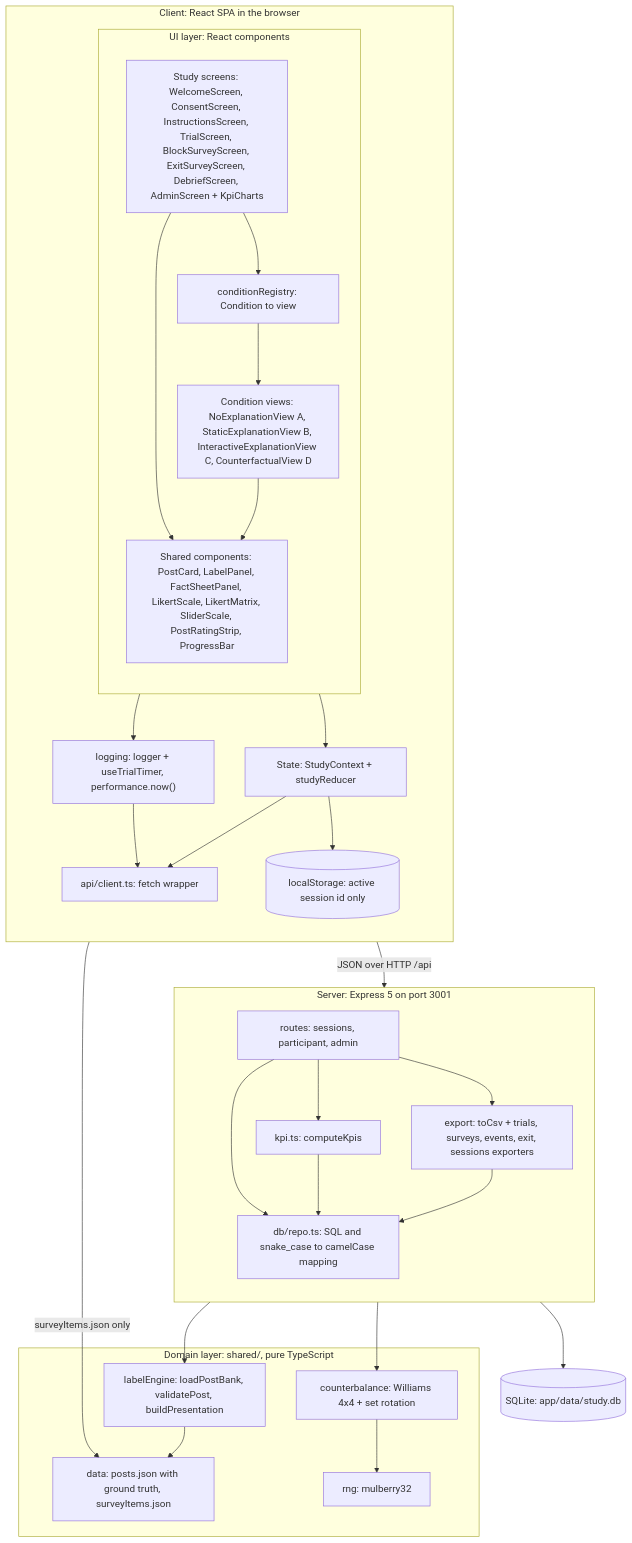
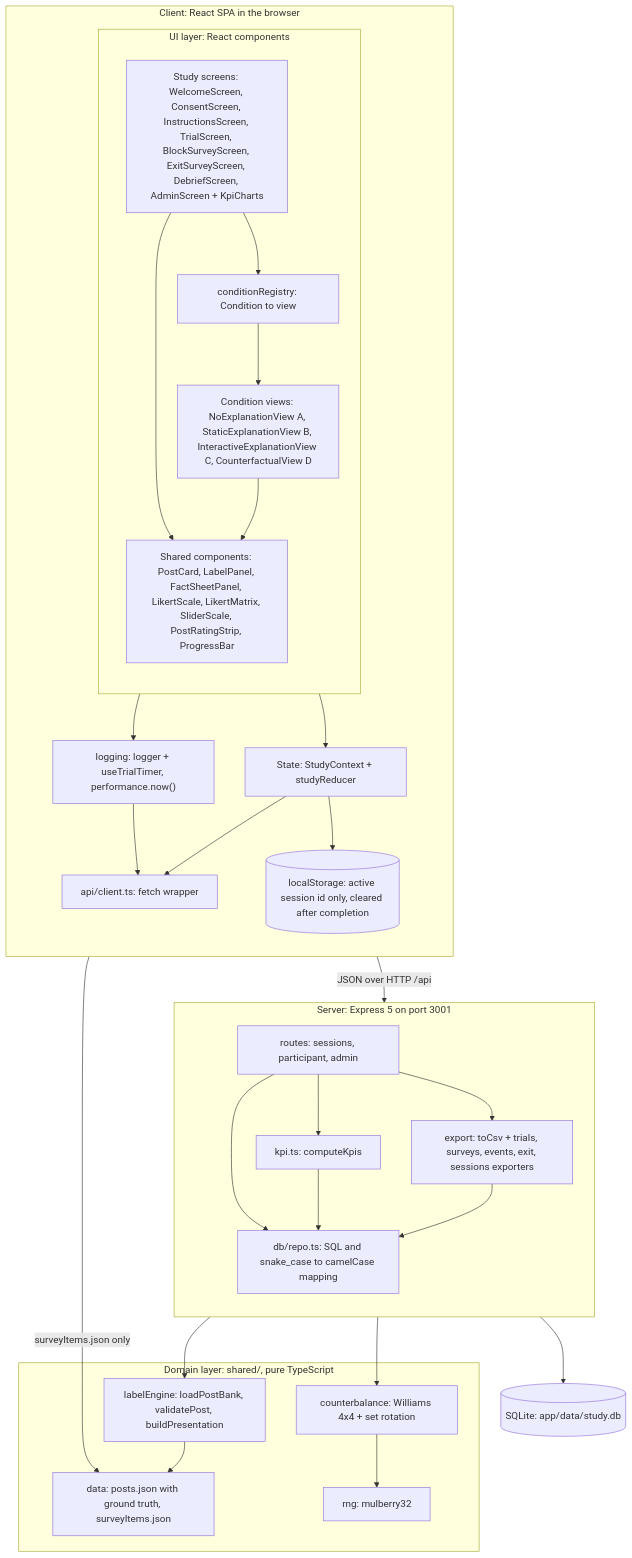
One commit to bibekgupta3333/HCI changed the second of 3 diagrams in docs/architecture.md. Above: the diagram before and after it, drawn with Mermaid. The commit also changed other lines of this file and 30 other files, not shown here.

````diff
--- a/docs/architecture.md
+++ b/docs/architecture.md
@@ -38,53 +38,53 @@
 ```mermaid
 flowchart TB
     subgraph CLIENT["Client: React SPA in the browser"]
         direction TB
         subgraph UI["UI layer: React components"]
             direction TB
             Screens["Study screens: WelcomeScreen, ConsentScreen, InstructionsScreen, TrialScreen, BlockSurveyScreen, ExitSurveyScreen, DebriefScreen, AdminScreen + KpiCharts"]
             Reg["conditionRegistry: Condition to view"]
             Cond["Condition views: NoExplanationView A, StaticExplanationView B, InteractiveExplanationView C, CounterfactualView D"]
             Shared["Shared components: PostCard, LabelPanel, FactSheetPanel, LikertScale, LikertMatrix, SliderScale, PostRatingStrip, ProgressBar"]
             Screens --> Reg
             Reg --> Cond
             Screens --> Shared
             Cond --> Shared
         end
         Ctx["State: StudyContext + studyReducer"]
         LOG["logging: logger + useTrialTimer, performance.now()"]
         API["api/client.ts: fetch wrapper"]
         Screens --> Ctx
         Screens --> LOG
         Ctx --> API
         LOG --> API
-        Ctx --> LS[("localStorage: active session id only")]
+        Ctx --> LS[("localStorage: active session id only, cleared after completion")]
     end
 
     subgraph SERVER["Server: Express 5 on port 3001"]
         direction TB
         Routes["routes: sessions, participant, admin"]
         Repo["db/repo.ts: SQL and snake_case to camelCase mapping"]
         Exp["export: toCsv + trials, surveys, events, exit, sessions exporters"]
         KPI["kpi.ts: computeKpis"]
         Routes --> Repo
         Routes --> KPI
         KPI --> Repo
         Routes --> Exp
         Exp --> Repo
     end
 
     subgraph DOMAIN["Domain layer: shared/, pure TypeScript"]
         LE["labelEngine: loadPostBank, validatePost, buildPresentation"]
         CB["counterbalance: Williams 4x4 + set rotation"]
         RNG["rng: mulberry32"]
         DATA["data: posts.json with ground truth, surveyItems.json"]
         CB --> RNG
         LE --> DATA
     end
 
     API -->|"JSON over HTTP /api"| Routes
     Routes --> LE
     Routes --> CB
     Repo --> DB[("SQLite: app/data/study.db")]
     Screens -->|"surveyItems.json only"| DATA
 ```
````
